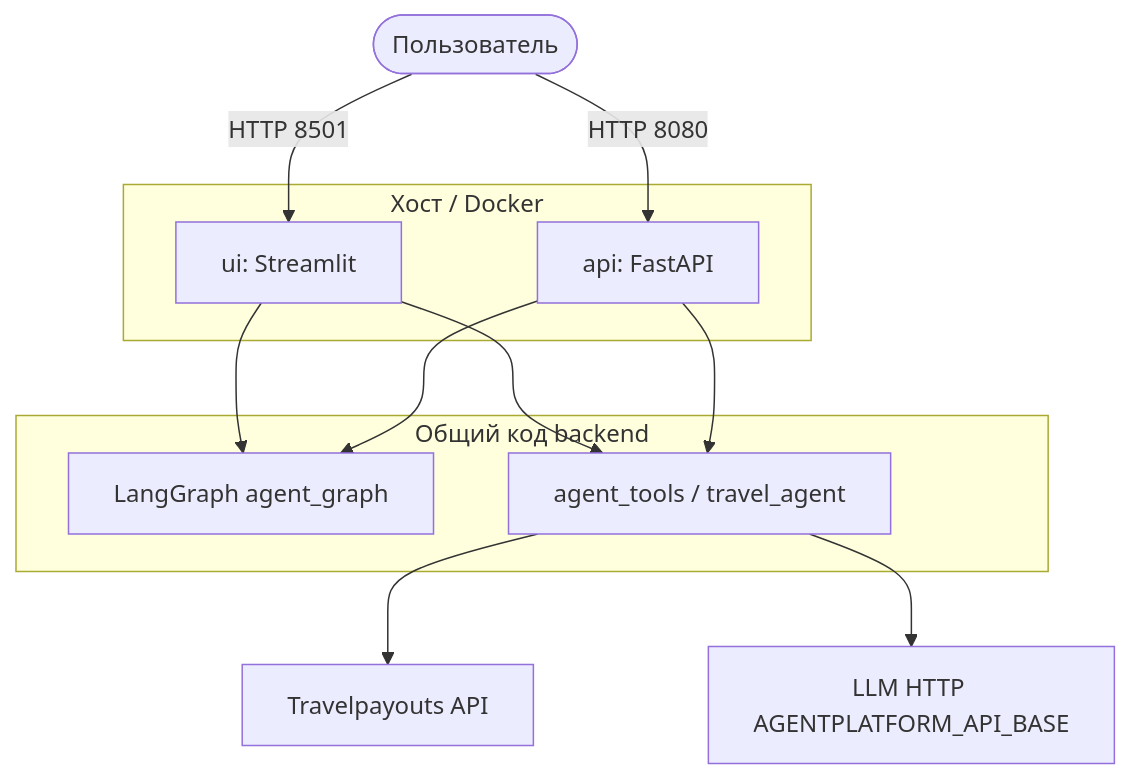
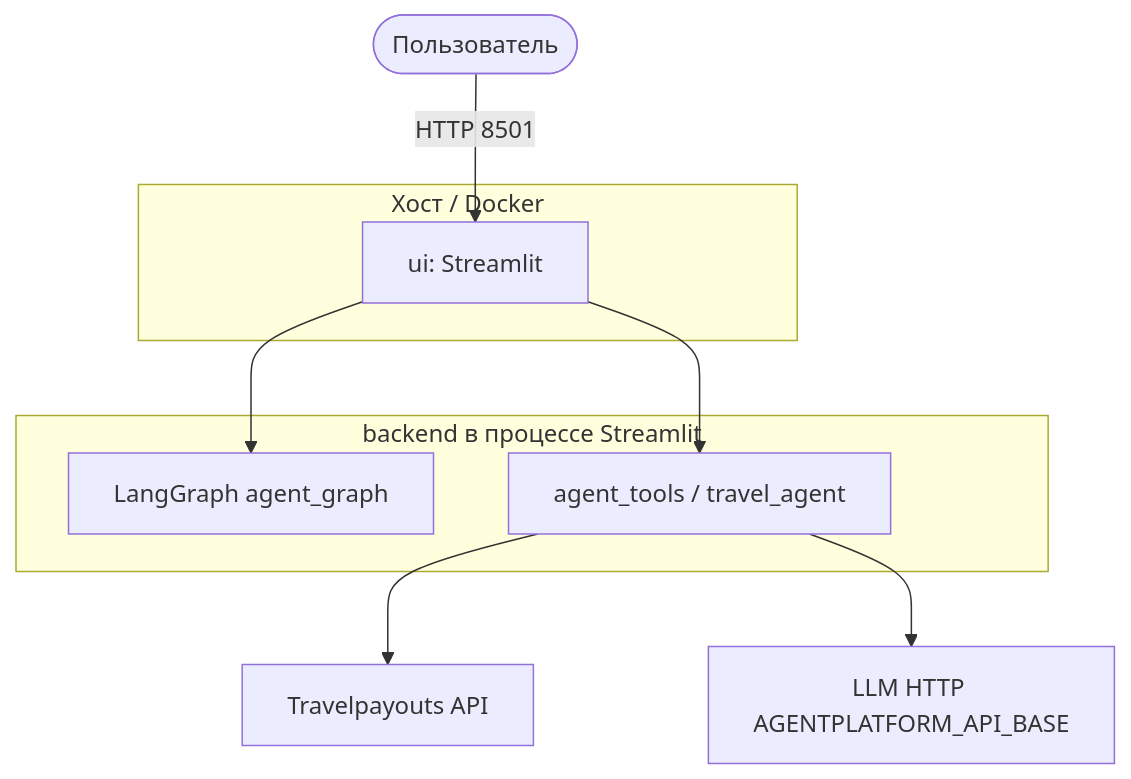
Before and after one commit to nastyakon14/AI_Travel_Planning_Agent: the diagram in docs/diagrams/c4-container.mmd, drawn with Mermaid. The commit also changed 32 other files, not shown here.

```diff
--- a/docs/diagrams/c4-container.mmd
+++ b/docs/diagrams/c4-container.mmd
@@ -1,23 +1,19 @@
 graph TD
     User([Пользователь])
 
     subgraph hosts["Хост / Docker"]
         UI[ui: Streamlit]
-        API[api: FastAPI]
     end
 
     User -->|HTTP 8501| UI
-    User -->|HTTP 8080| API
 
-    subgraph core["Общий код backend"]
+    subgraph core["backend в процессе Streamlit"]
         Graph[LangGraph agent_graph]
         Tools[agent_tools / travel_agent]
     end
 
     UI --> Graph
     UI --> Tools
-    API --> Graph
-    API --> Tools
 
     Tools --> TP[Travelpayouts API]
     Tools --> LLM[LLM HTTP AGENTPLATFORM_API_BASE]
```
